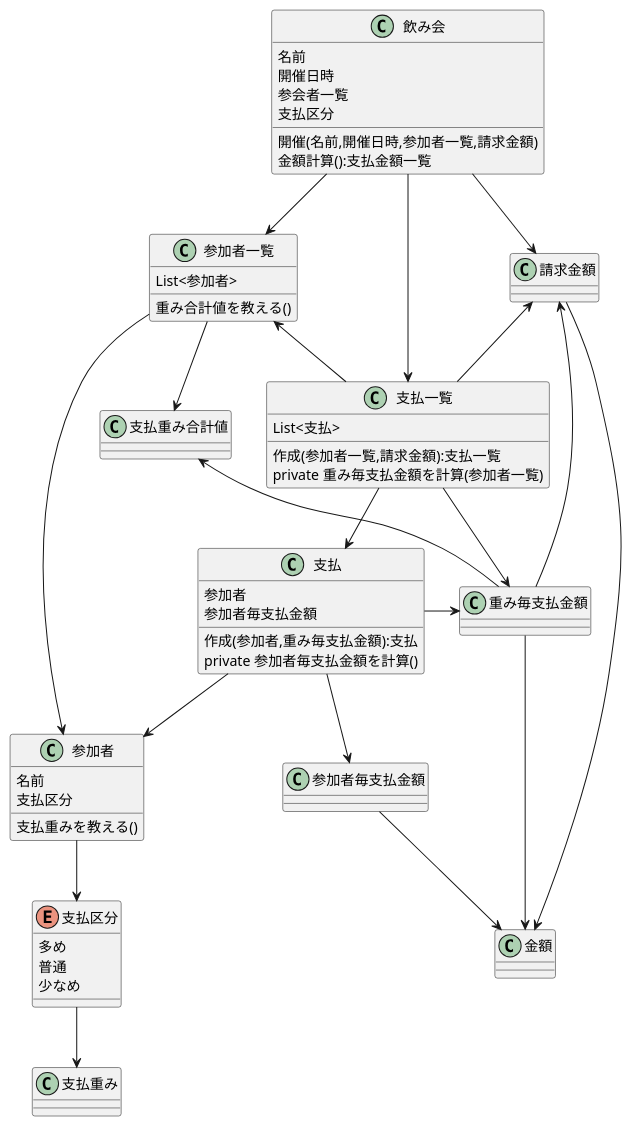
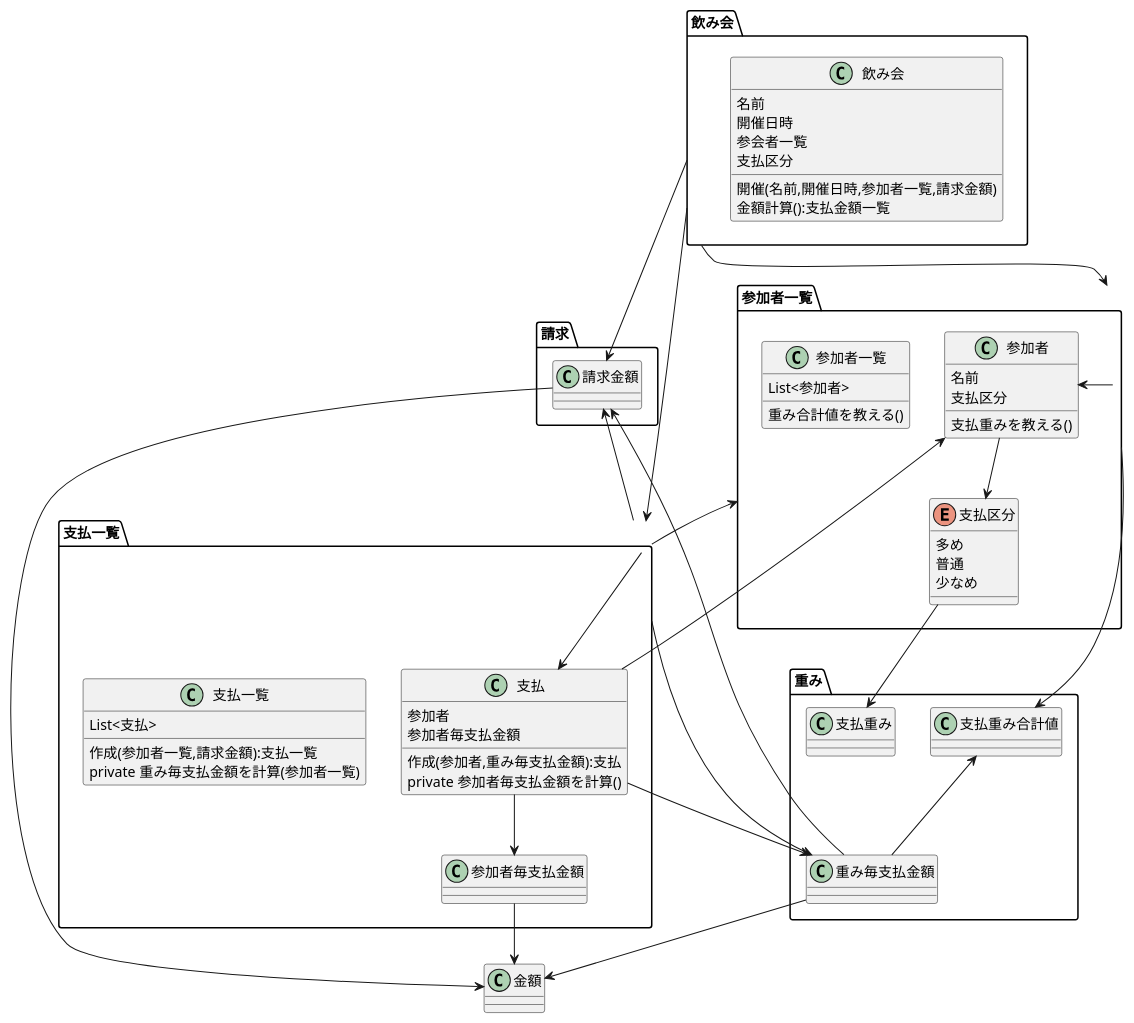
The diagram in etc/warikan.puml (muractice/wari), drawn with PlantUML before and after one commit. The commit also changed 24 other files, not shown here.

```diff
--- a/etc/warikan.puml
+++ b/etc/warikan.puml
@@ -1,126 +1,146 @@
 @startuml
 
 /'
 class 幹事{
 }
 '/
+
+package 飲み会{
 
 class 飲み会 {
 名前
 開催日時
 参会者一覧
 支払区分
 '幹事
 開催(名前,開催日時,参加者一覧,請求金額)
 '参加者追加()
 金額計算():支払金額一覧
 }
 
 
+}
+
+
+package 請求{
+
+class 請求金額{
+}
+
+}
+
+
+
+package 参加者一覧{
 class 参加者{
 名前
 '飲み会
 支払区分
 支払重みを教える()
 }
 
 class 参加者一覧{
 List<参加者>
 重み合計値を教える()
 }
 
-
 enum 支払区分{
 多め
 普通
 少なめ
 }
 
+}
+
+
+package 重み{
+class 重み毎支払金額{
+}
+class 支払重み合計値{
+}
 class 支払重み{
 }
-
-class 支払重み合計値{
 }
 
-class 請求金額{
-}
-
+package 支払一覧{
 class 支払一覧{
 List<支払>
 作成(参加者一覧,請求金額):支払一覧
 private 重み毎支払金額を計算(参加者一覧)
 }
 
 class 支払{
 参加者
 参加者毎支払金額
 作成(参加者,重み毎支払金額):支払
 private 参加者毎支払金額を計算()
-
 }
 
 
 class 参加者毎支払金額{
+}
+
+
 }
 
 /'
 class メンバー毎支払割合{
 参加者
 支払割合
 }
 '/
 
 
 class 金額{
 }
 
 
 /'
 class 支払計算{
 参加者一覧
 請求金額
 計算():支払金額一覧
 private 重み毎支払金額を計算(参加者一覧)
 private 参加者毎支配金額を計算()
 }
 '/
 
 
 '飲み会 -> 幹事
 飲み会  -d-> 参加者一覧
 飲み会 -d-> 請求金額
 '飲み会 -> 支払区分
 '飲み会 -> 支払金額
 飲み会 -d-> 支払一覧
 
 参加者一覧 -> 参加者
 参加者 -d-> 支払区分
 参加者一覧 -d-> 支払重み合計値
 
 支払区分 -d-> 支払重み
 
 /'
 支払計算 -d-> 支払一覧
 支払計算 -d-> 参加者一覧
 支払計算 -d-> 請求金額
 支払計算 -d-> 重み毎支払金額
 支払計算 -d-> 参加者毎支払金額
 '/
 
 支払一覧 -u-> 参加者一覧
 支払一覧 -d-> 支払
 支払一覧 -u-> 請求金額
 支払一覧 -> 重み毎支払金額
 
 支払 -d-> 参加者
 支払 -d-> 参加者毎支払金額
 支払 -> 重み毎支払金額
 
 重み毎支払金額 -u-> 支払重み合計値
 重み毎支払金額 -u-> 請求金額
 重み毎支払金額 -d-> 金額
 
 
 参加者毎支払金額 -d-> 金額
 請求金額 -d-> 金額
 @enduml
```
